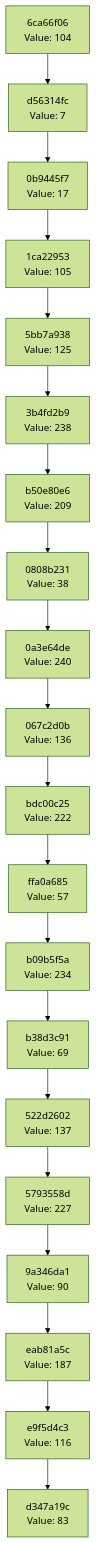
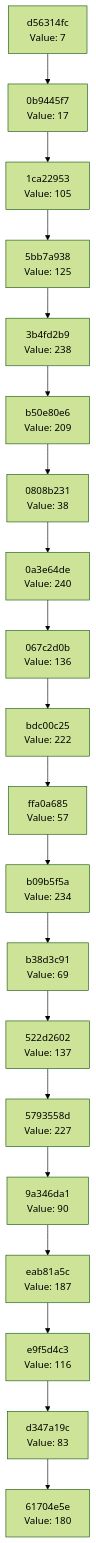
One commit to Abhisheksinha1506/hash-chain-evolver changed the diagram in docs/CHAIN_VISUALIZATION.md. Above: the diagram before and after it, drawn with Mermaid (forest theme). The commit also changed 3 other files, not shown here.

````diff
--- a/docs/CHAIN_VISUALIZATION.md
+++ b/docs/CHAIN_VISUALIZATION.md
@@ -3,42 +3,42 @@
 ```mermaid
 graph TD
-    C0["d347a19c<br/>Value: 83"]
-    C1["e9f5d4c3<br/>Value: 116"]
+    C0["61704e5e<br/>Value: 180"]
+    C1["d347a19c<br/>Value: 83"]
     C1 --> C0
-    C2["eab81a5c<br/>Value: 187"]
+    C2["e9f5d4c3<br/>Value: 116"]
     C2 --> C1
-    C3["9a346da1<br/>Value: 90"]
+    C3["eab81a5c<br/>Value: 187"]
     C3 --> C2
-    C4["5793558d<br/>Value: 227"]
+    C4["9a346da1<br/>Value: 90"]
     C4 --> C3
-    C5["522d2602<br/>Value: 137"]
+    C5["5793558d<br/>Value: 227"]
     C5 --> C4
-    C6["b38d3c91<br/>Value: 69"]
+    C6["522d2602<br/>Value: 137"]
     C6 --> C5
-    C7["b09b5f5a<br/>Value: 234"]
+    C7["b38d3c91<br/>Value: 69"]
     C7 --> C6
-    C8["ffa0a685<br/>Value: 57"]
+    C8["b09b5f5a<br/>Value: 234"]
     C8 --> C7
-    C9["bdc00c25<br/>Value: 222"]
+    C9["ffa0a685<br/>Value: 57"]
     C9 --> C8
-    C10["067c2d0b<br/>Value: 136"]
+    C10["bdc00c25<br/>Value: 222"]
     C10 --> C9
-    C11["0a3e64de<br/>Value: 240"]
+    C11["067c2d0b<br/>Value: 136"]
     C11 --> C10
-    C12["0808b231<br/>Value: 38"]
+    C12["0a3e64de<br/>Value: 240"]
     C12 --> C11
-    C13["b50e80e6<br/>Value: 209"]
+    C13["0808b231<br/>Value: 38"]
     C13 --> C12
-    C14["3b4fd2b9<br/>Value: 238"]
+    C14["b50e80e6<br/>Value: 209"]
     C14 --> C13
-    C15["5bb7a938<br/>Value: 125"]
+    C15["3b4fd2b9<br/>Value: 238"]
     C15 --> C14
-    C16["1ca22953<br/>Value: 105"]
+    C16["5bb7a938<br/>Value: 125"]
     C16 --> C15
-    C17["0b9445f7<br/>Value: 17"]
+    C17["1ca22953<br/>Value: 105"]
     C17 --> C16
-    C18["d56314fc<br/>Value: 7"]
+    C18["0b9445f7<br/>Value: 17"]
     C18 --> C17
-    C19["6ca66f06<br/>Value: 104"]
+    C19["d56314fc<br/>Value: 7"]
     C19 --> C18
 ```
````
